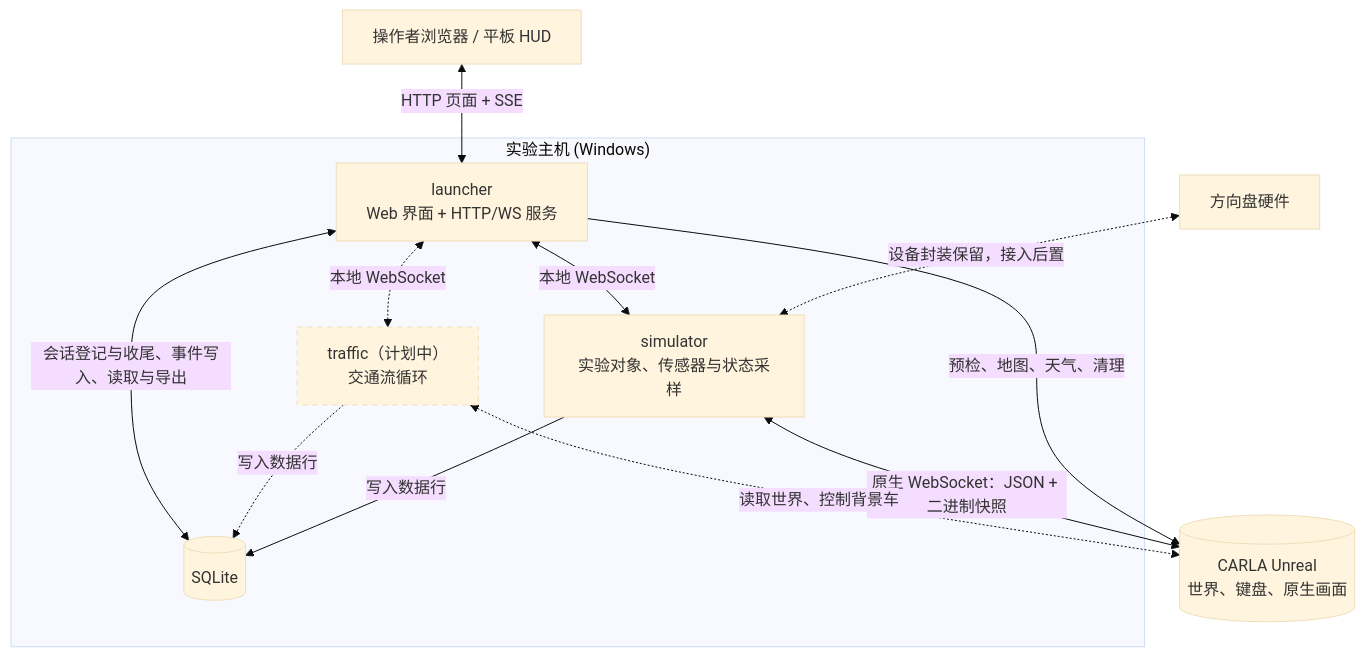
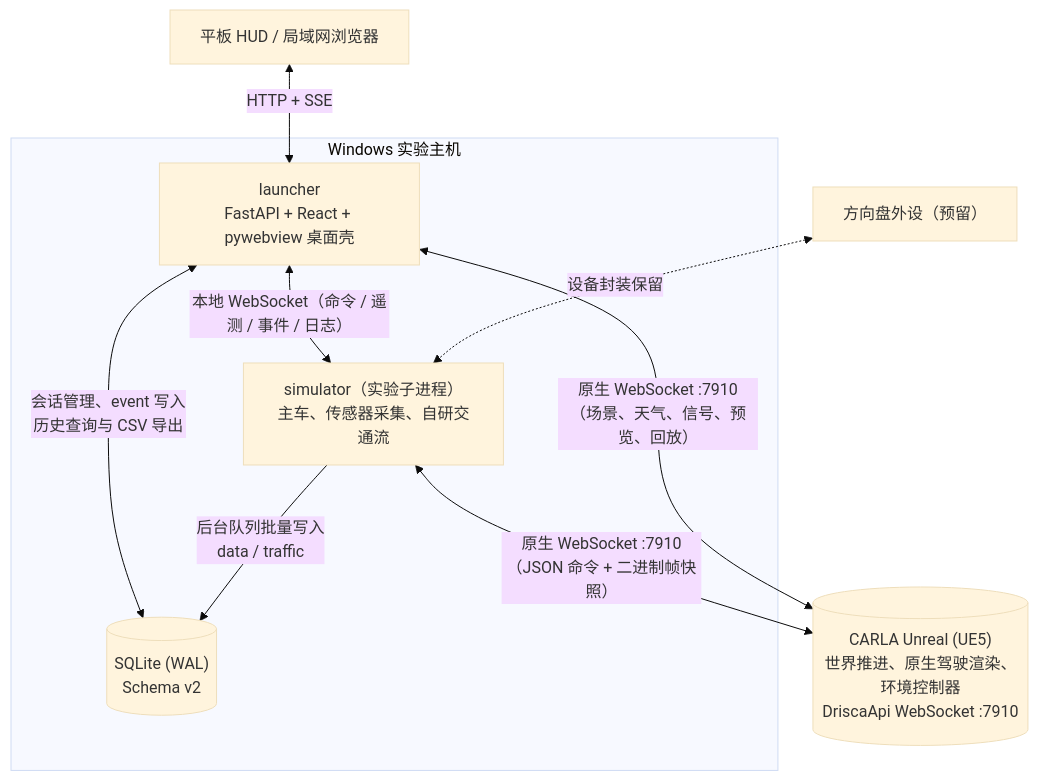
Before and after one commit to ZiyuZ/DRISCA: the first of 2 diagrams in docs/design/01-Architecture.md, drawn with Mermaid (base theme). The commit also changed other lines of this file and 52 other files, not shown here.

````diff
--- a/docs/design/01-Architecture.md
+++ b/docs/design/01-Architecture.md
@@ -32,29 +7,21 @@
 ```mermaid
 flowchart TD
-    tablet["操作者浏览器 / 平板 HUD"]
-    wheel["方向盘硬件"]
+    hud["平板 HUD / 局域网浏览器"]
+    wheel["方向盘外设（预留）"]
 
-    subgraph host["实验主机 (Windows)"]
-        launcher["launcher<br/>Web 界面 + HTTP/WS 服务"]
-        simulator["simulator<br/>实验对象、传感器与状态采样"]
-        traffic["traffic（计划中）<br/>交通流循环"]
-        db[("SQLite")]
+    subgraph host["Windows 实验主机"]
+        launcher["launcher<br/>FastAPI + React + pywebview 桌面壳"]
+        simulator["simulator（实验子进程）<br/>主车、传感器采集、自研交通流"]
+        db[("SQLite (WAL)<br/>Schema v2")]
     end
 
-    carla[("CARLA Unreal<br/>世界、键盘、原生画面")]
+    carla[("CARLA Unreal (UE5)<br/>世界推进、原生驾驶渲染、环境控制器<br/>DriscaApi WebSocket :7910")]
 
-    tablet <-->|"HTTP 页面 + SSE"| launcher
-    wheel <-.->|"设备封装保留，接入后置"| simulator
-    launcher <-->|"本地 WebSocket"| simulator
-    launcher <-.->|"本地 WebSocket"| traffic
-
-    launcher -->|"预检、地图、天气、清理"| carla
-    simulator <-->|"原生 WebSocket：JSON + 二进制快照"| carla
-    traffic <-.->|"读取世界、控制背景车"| carla
-
-    simulator -->|"写入数据行"| db
-    traffic -.->|"写入数据行"| db
-    launcher <-->|"会话登记与收尾、事件写入、读取与导出"| db
-
-    style traffic stroke-dasharray: 5 5
+    hud <-->|"HTTP + SSE"| launcher
+    wheel <-.->|"设备封装保留"| simulator
+    launcher <-->|"本地 WebSocket（命令 / 遥测 / 事件 / 日志）"| simulator
+    launcher <-->|"原生 WebSocket :7910<br/>（场景、天气、信号、预览、回放）"| carla
+    simulator <-->|"原生 WebSocket :7910<br/>（JSON 命令 + 二进制帧快照）"| carla
+    simulator -->|"后台队列批量写入<br/>data / traffic"| db
+    launcher <-->|"会话管理、event 写入<br/>历史查询与 CSV 导出"| db
 ```
````
